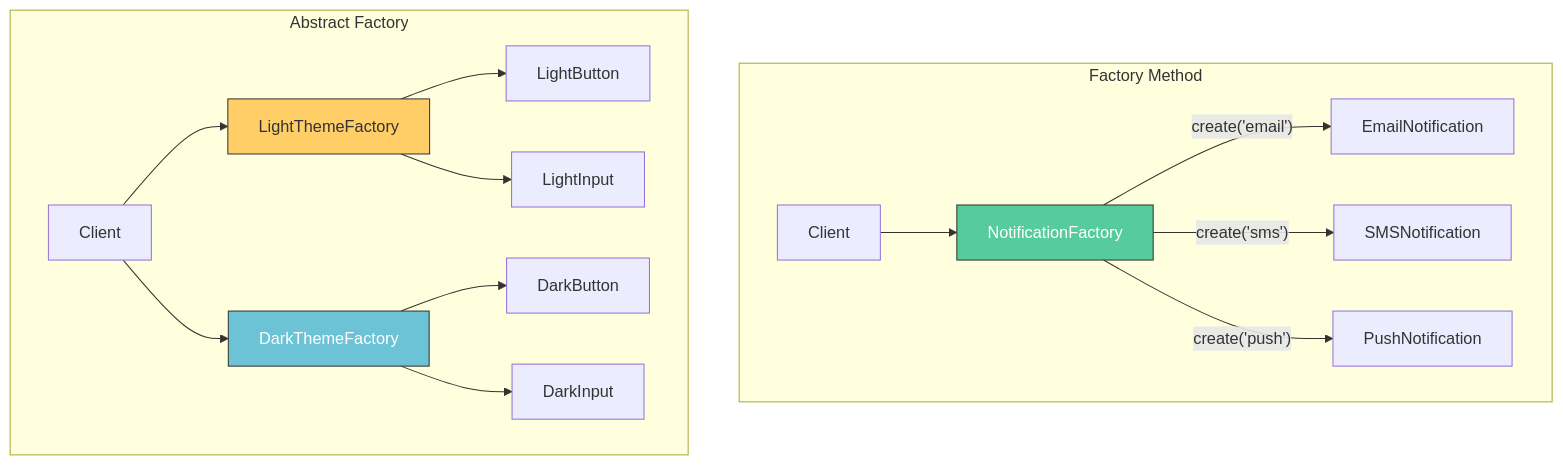
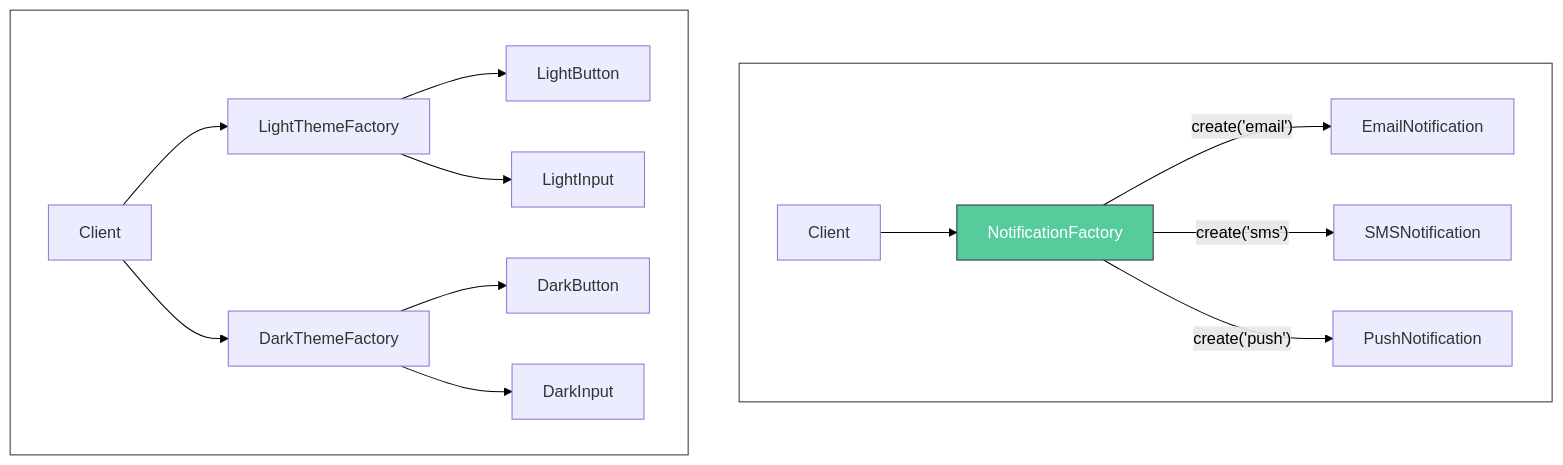
One commit to tanquangduong/tanquangduong.github.io changed the second of 10 diagrams in posts/design-pattern/Design-Pattern-Interview-QA-1.qmd. Above: the diagram before and after it, drawn with Mermaid. The commit also changed other lines of this file and 204 other files, not shown here.

````diff
--- a/posts/design-pattern/Design-Pattern-Interview-QA-1.qmd
+++ b/posts/design-pattern/Design-Pattern-Interview-QA-1.qmd
@@ -140,24 +141,27 @@
 ```{mermaid}
 graph TD
+    linkStyle default stroke:#000,color:#000
     subgraph FactoryMethod["Factory Method"]
         FM_CLIENT["Client"]
         FM_CLIENT --> FM_FACTORY["NotificationFactory"]
         FM_FACTORY -->|"create('email')"| FM_EMAIL["EmailNotification"]
         FM_FACTORY -->|"create('sms')"| FM_SMS["SMSNotification"]
         FM_FACTORY -->|"create('push')"| FM_PUSH["PushNotification"]
     end
 
     subgraph AbstractFactory["Abstract Factory"]
         AF_CLIENT["Client"]
         AF_CLIENT --> AF_LIGHT["LightThemeFactory"]
         AF_CLIENT --> AF_DARK["DarkThemeFactory"]
         AF_LIGHT --> AF_LB["LightButton"]
         AF_LIGHT --> AF_LI["LightInput"]
         AF_DARK --> AF_DB["DarkButton"]
         AF_DARK --> AF_DI["DarkInput"]
     end
 
+    style FactoryMethod fill:#fff,stroke:#333,color:#fff
+    style AbstractFactory fill:#fff,stroke:#333,color:#fff
     style FM_FACTORY fill:#56cc9d,stroke:#333,color:#fff
-    style AF_LIGHT fill:#ffce67,stroke:#333
-    style AF_DARK fill:#6cc3d5,stroke:#333,color:#fff
+    %% style AF_LIGHT fill:#ffce67,stroke:#333
+    %% style AF_DARK fill:#6cc3d5,stroke:#333,color:#fff
 ```
````
